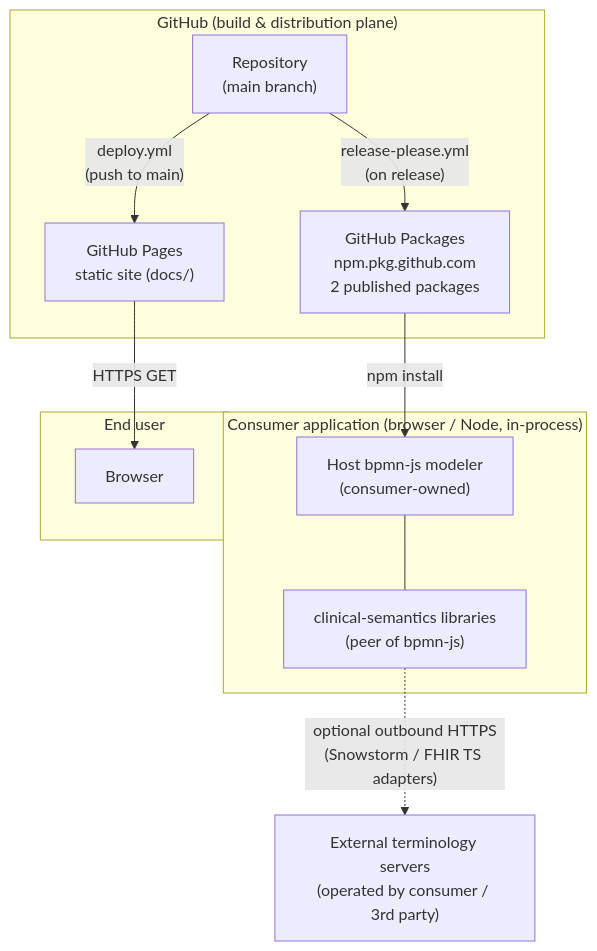
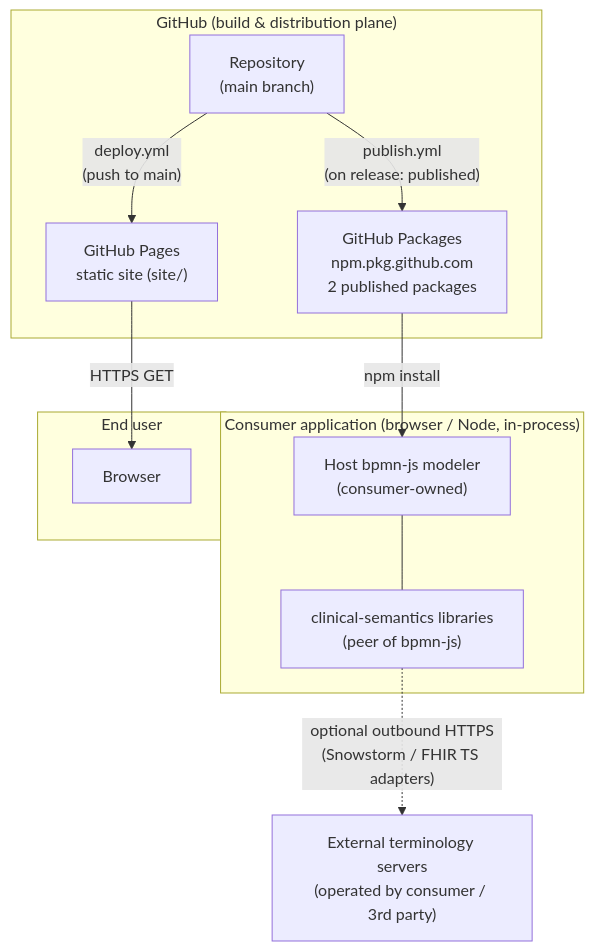
The diagram in docs/architecture/07_deployment_view.md (forschungsgruppe-digital-health/bpmn-js-clinical-semantics), drawn with Mermaid before and after one commit. The commit also changed other lines of this file and 12 other files, not shown here.

````diff
--- a/docs/architecture/07_deployment_view.md
+++ b/docs/architecture/07_deployment_view.md
@@ -30,25 +30,25 @@
 ```mermaid
 graph TD
     subgraph "GitHub (build & distribution plane)"
         REPO["Repository<br/>(main branch)"]
         GHP["GitHub Packages<br/>npm.pkg.github.com<br/>2 published packages"]
-        PAGES["GitHub Pages<br/>static site (docs/)"]
-        REPO -- "release-please.yml<br/>(on release)" --> GHP
+        PAGES["GitHub Pages<br/>static site (site/)"]
+        REPO -- "publish.yml<br/>(on release: published)" --> GHP
         REPO -- "deploy.yml<br/>(push to main)" --> PAGES
     end
 
     subgraph "Consumer application (browser / Node, in-process)"
         HOST["Host bpmn-js modeler<br/>(consumer-owned)"]
         LIBS["clinical-semantics libraries<br/>(peer of bpmn-js)"]
         HOST --- LIBS
     end
 
     subgraph "End user"
         BROWSER["Browser"]
     end
 
     GHP -- "npm install" --> HOST
     PAGES -- "HTTPS GET" --> BROWSER
 
     LIBS -. "optional outbound HTTPS<br/>(Snowstorm / FHIR TS adapters)" .-> EXT["External terminology servers<br/>(operated by consumer / 3rd party)"]
 ```
````
